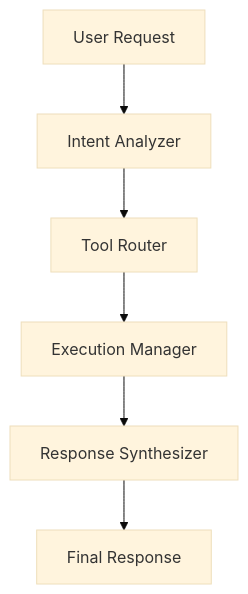
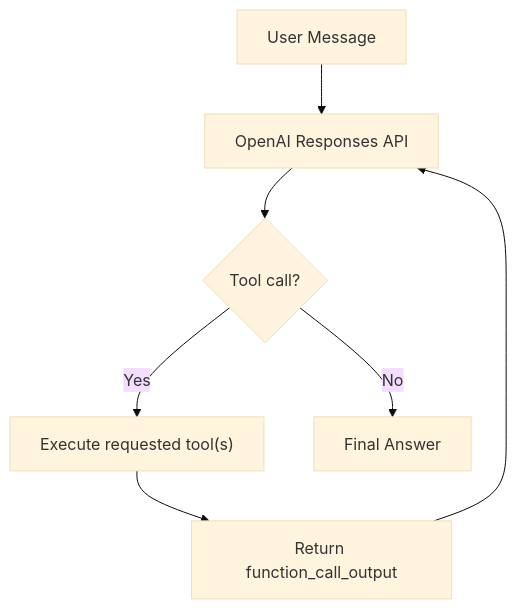
One commit to marcosaccani1/maranello-ai changed the fifth of 10 diagrams in docs/it/03_System_Architecture.md. Above: the diagram before and after it, drawn with Mermaid (base theme). The commit also changed other lines of this file and 7 other files, not shown here.

````diff
--- a/docs/it/03_System_Architecture.md
+++ b/docs/it/03_System_Architecture.md
@@ -619,25 +893,19 @@
 ```mermaid
 flowchart TD
 
-Request["User Request"]
+    Start["User Message"]
+    Model["OpenAI Responses API"]
+    Check{"Tool call?"}
+    Execute["Execute requested tool(s)"]
+    Results["Return function_call_output"]
+    Final["Final Answer"]
 
-Intent["Intent Analyzer"]
+    Start --> Model
+    Model --> Check
 
-Router["Tool Router"]
+    Check -->|"No"| Final
+    Check -->|"Yes"| Execute
 
-Execution["Execution Manager"]
-
-Synth["Response Synthesizer"]
-
-Response["Final Response"]
-
-Request --> Intent
-
-Intent --> Router
-
-Router --> Execution
-
-Execution --> Synth
-
-Synth --> Response
+    Execute --> Results
+    Results --> Model
 ```
````
